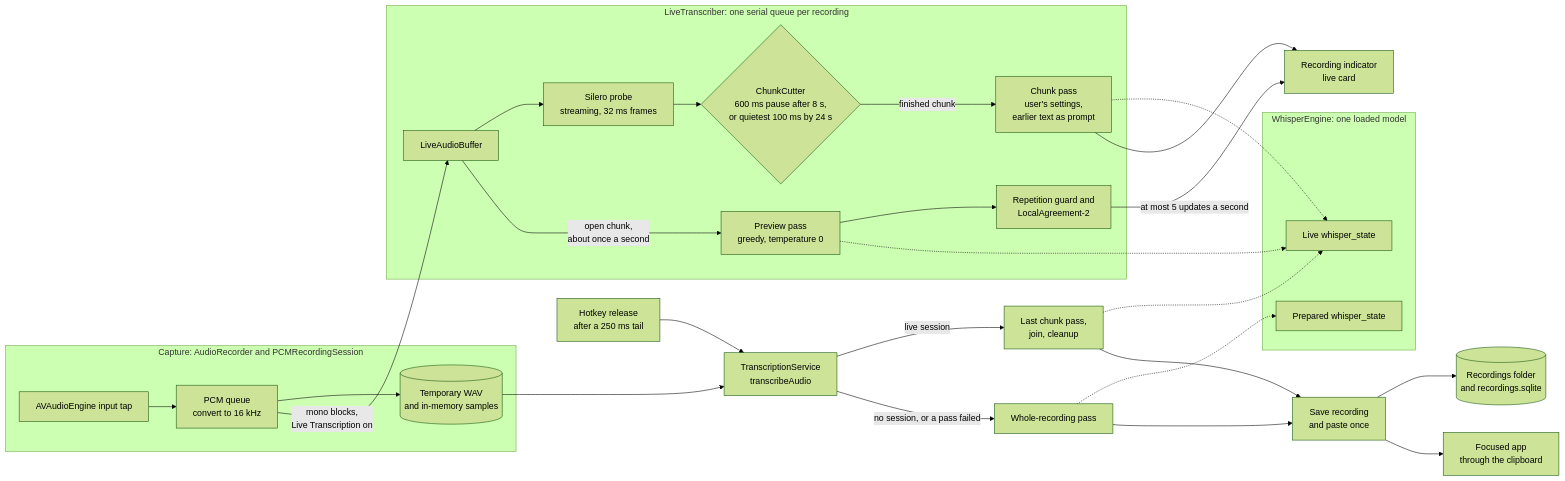
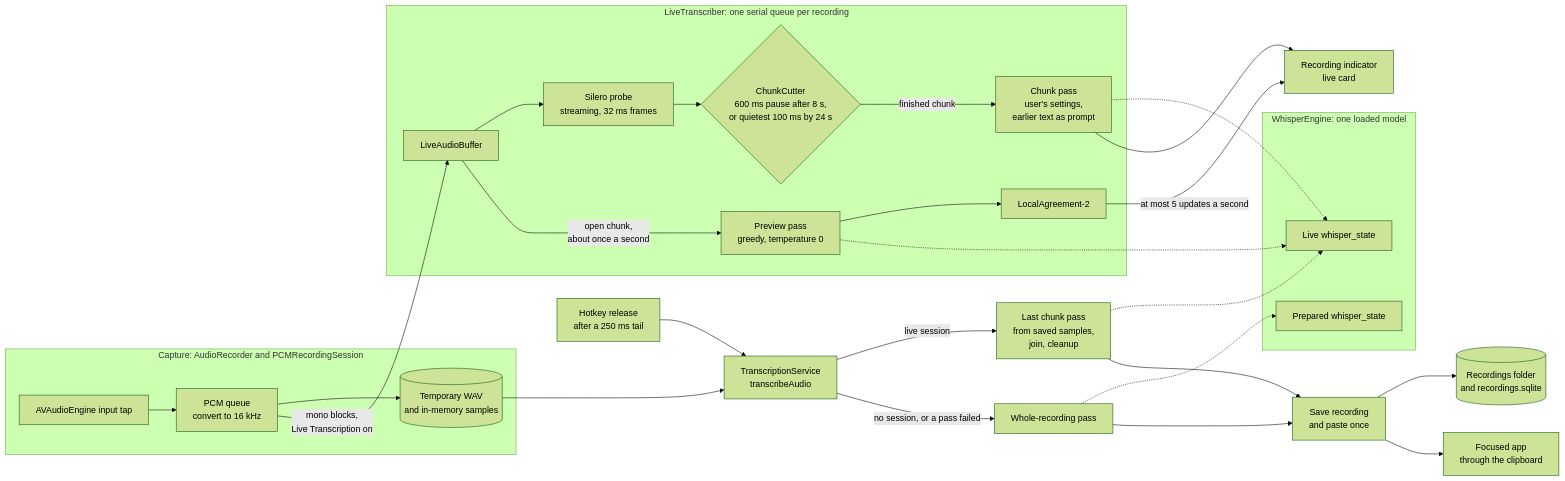
The diagram in docs/architecture/dictation-pipeline.md (jonathanandrewmills/OpenSuperWhisper), drawn with Mermaid (forest theme) before and after one commit. The commit also changed other lines of this file, not shown here.

Commit message:
no-mistakes(document): Sync dictation pipeline diagram with live transcription code

````diff
--- a/docs/architecture/dictation-pipeline.md
+++ b/docs/architecture/dictation-pipeline.md
@@ -7,40 +7,40 @@
 ```mermaid
 flowchart LR
   subgraph Capture["Capture: AudioRecorder and PCMRecordingSession"]
     Tap["AVAudioEngine input tap"] --> Convert["PCM queue<br/>convert to 16 kHz"]
     Convert --> Wav[("Temporary WAV<br/>and in-memory samples")]
   end
 
   Convert -->|"mono blocks,<br/>Live Transcription on"| Buffer["LiveAudioBuffer"]
 
   subgraph Live["LiveTranscriber: one serial queue per recording"]
     Buffer --> Probe["Silero probe<br/>streaming, 32 ms frames"]
     Probe --> Cutter{"ChunkCutter<br/>600 ms pause after 8 s,<br/>or quietest 100 ms by 24 s"}
     Cutter -->|"finished chunk"| ChunkPass["Chunk pass<br/>user's settings,<br/>earlier text as prompt"]
     Buffer -->|"open chunk,<br/>about once a second"| PreviewPass["Preview pass<br/>greedy, temperature 0"]
-    PreviewPass --> Agreement["Repetition guard and<br/>LocalAgreement-2"]
+    PreviewPass --> Agreement["LocalAgreement-2"]
   end
 
   subgraph Engine["WhisperEngine: one loaded model"]
     BatchState["Prepared whisper_state"]
     LiveState["Live whisper_state"]
   end
 
   ChunkPass -.-> LiveState
   PreviewPass -.-> LiveState
 
   Release["Hotkey release<br/>after a 250 ms tail"] --> Service["TranscriptionService<br/>transcribeAudio"]
   Wav --> Service
-  Service -->|"live session"| LastChunk["Last chunk pass,<br/>join, cleanup"]
+  Service -->|"live session"| LastChunk["Last chunk pass<br/>from saved samples,<br/>join, cleanup"]
   Service -->|"no session, or a pass failed"| Whole["Whole-recording pass"]
   LastChunk -.-> LiveState
   Whole -.-> BatchState
 
   LastChunk --> Deliver["Save recording<br/>and paste once"]
   Whole --> Deliver
   Deliver --> Store[("Recordings folder<br/>and recordings.sqlite")]
   Deliver --> App["Focused app<br/>through the clipboard"]
 
   Agreement -->|"at most 5 updates a second"| Indicator["Recording indicator<br/>live card"]
   ChunkPass --> Indicator
 ```
````
